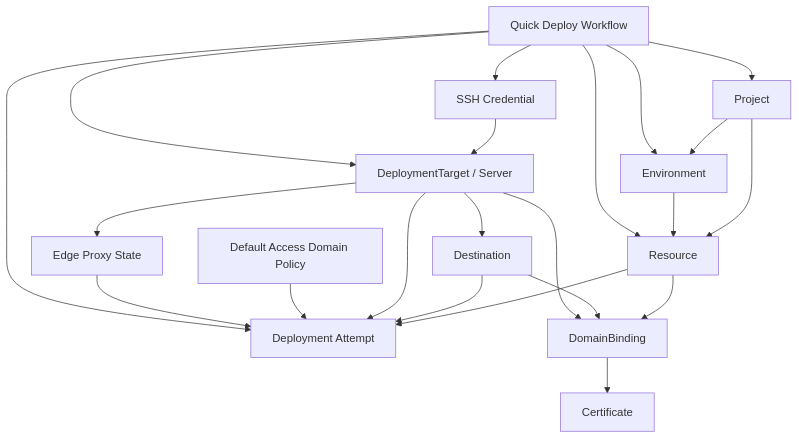
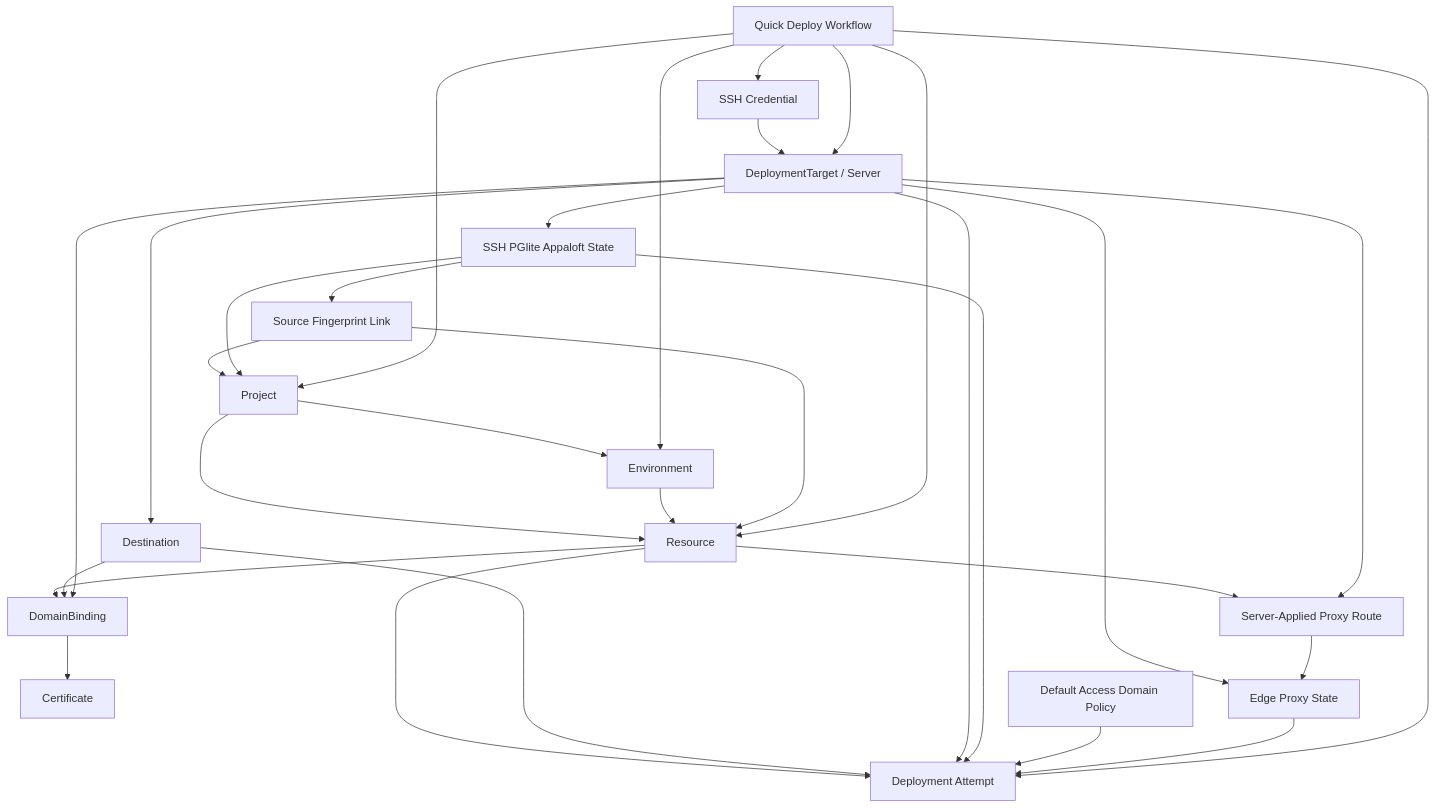
Before and after one commit to appaloft/appaloft: the diagram in docs/BUSINESS_OPERATION_MAP.md, drawn with Mermaid. The commit also changed other lines of this file and 22 other files, not shown here.

````diff
--- a/docs/BUSINESS_OPERATION_MAP.md
+++ b/docs/BUSINESS_OPERATION_MAP.md
@@ -84,37 +93,49 @@
 ```mermaid
 flowchart TD
   Project["Project"]
   Environment["Environment"]
   Resource["Resource"]
   Target["DeploymentTarget / Server"]
   Credential["SSH Credential"]
   Destination["Destination"]
   Deployment["Deployment Attempt"]
   DomainBinding["DomainBinding"]
   Certificate["Certificate"]
   AccessPolicy["Default Access Domain Policy"]
   Proxy["Edge Proxy State"]
+  RemoteState["SSH PGlite Appaloft State"]
+  SourceLink["Source Fingerprint Link"]
+  ServerRoute["Server-Applied Proxy Route"]
 
   Project --> Environment
   Project --> Resource
   Environment --> Resource
   Resource --> Deployment
   Target --> Destination
   Credential --> Target
   Destination --> Deployment
   Target --> Deployment
   Target --> Proxy
+  Target --> RemoteState
+  RemoteState --> SourceLink
+  SourceLink --> Project
+  SourceLink --> Resource
+  RemoteState --> Project
+  RemoteState --> Deployment
   AccessPolicy --> Deployment
   Proxy --> Deployment
+  Resource --> ServerRoute
+  Target --> ServerRoute
+  ServerRoute --> Proxy
   Resource --> DomainBinding
   Destination --> DomainBinding
   Target --> DomainBinding
   DomainBinding --> Certificate
 
   QuickDeploy["Quick Deploy Workflow"] --> Project
   QuickDeploy --> Environment
   QuickDeploy --> Target
   QuickDeploy --> Credential
   QuickDeploy --> Resource
   QuickDeploy --> Deployment
 ```
````
